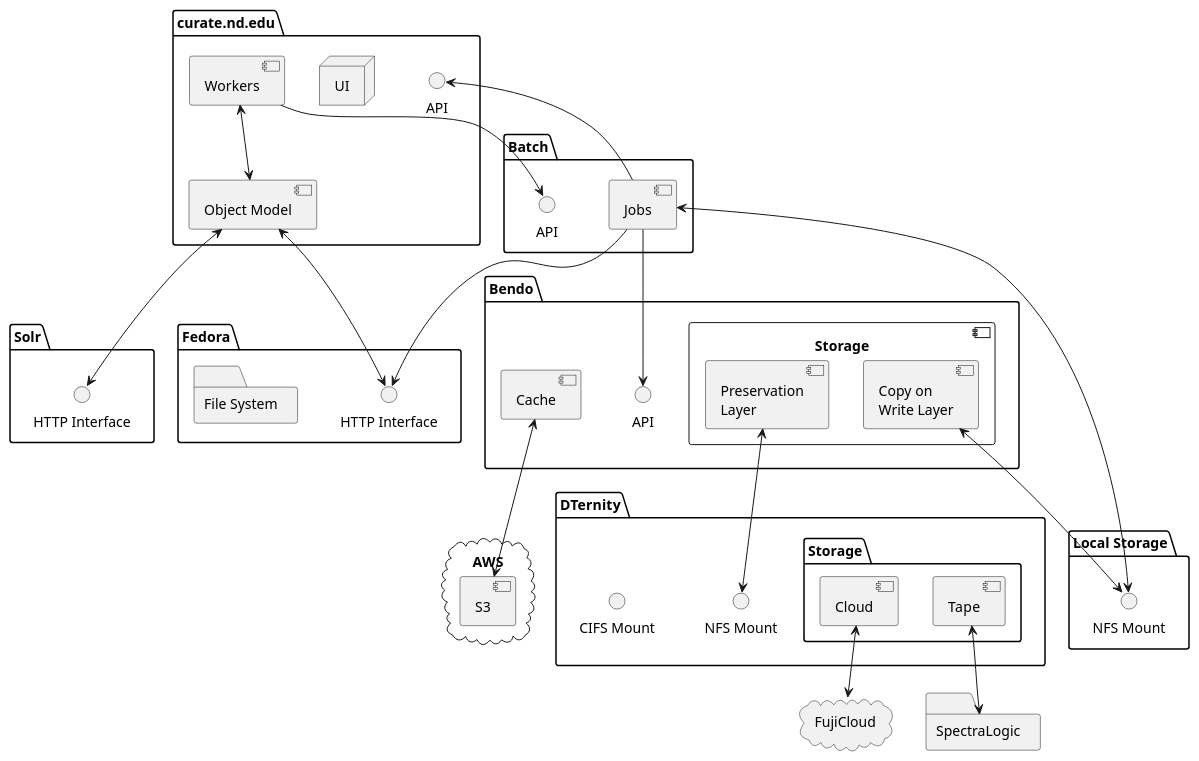
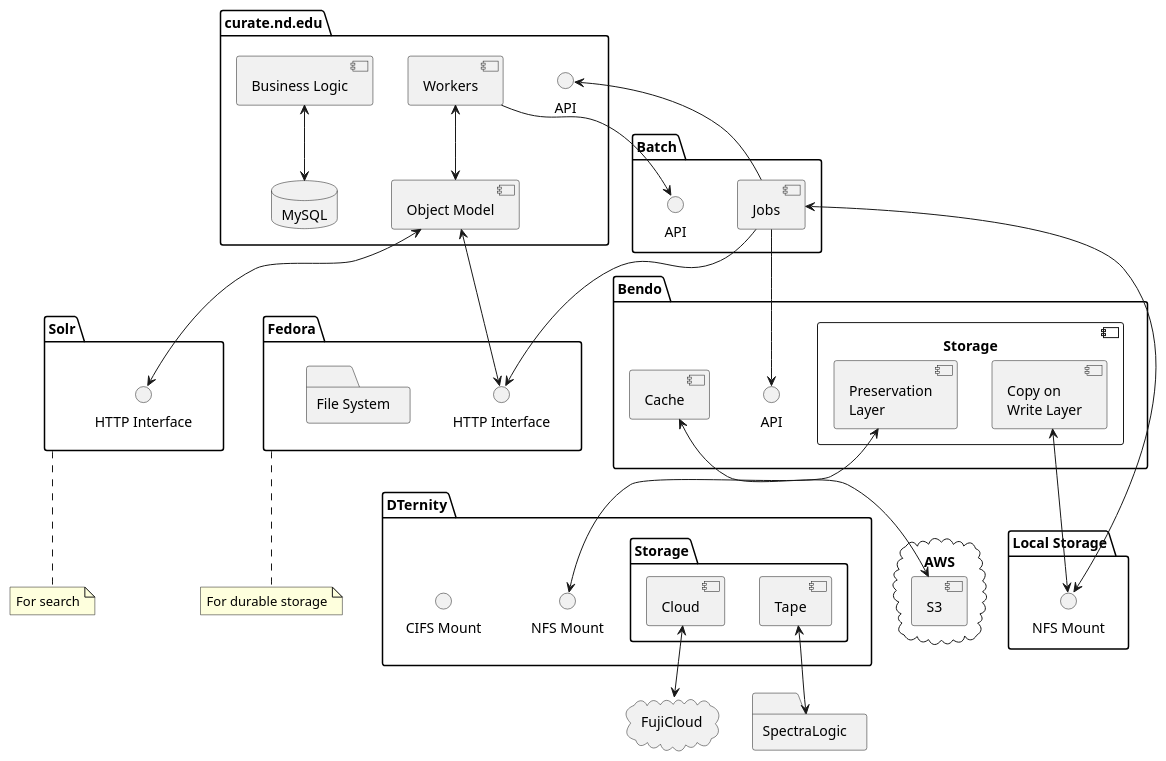
One commit to ndlib/dam-ecosystem-mapping changed the diagram in plantuml/curate_nd.puml. Above: the diagram before and after it, drawn with PlantUML. The commit also changed 3 other files, not shown here.

Commit message:
Updating diagrams to include notes and clarification

```diff
--- a/plantuml/curate_nd.puml
+++ b/plantuml/curate_nd.puml
@@ -10,67 +10,75 @@
 @startuml
 
 package "curate.nd.edu" {
   component "Object Model" as CurateOM
   component "Workers" as CurateW
-  node "UI" as CurateUI
+  component "Business Logic" as CurateBL
+  database MySQL
   interface "API" as CurateAPI
   CurateW <--> CurateOM
+  CurateBL <--> MySQL
 }
 
 package "Fedora" {
   interface "HTTP Interface" as FedoraHTTP
   folder "File System" as FedoraFS
 }
+note bottom of Fedora
+  For durable storage
+end note
 
 package "Solr" {
   interface "HTTP Interface" as SolrHTTP
 }
+note bottom of Solr
+  For search
+end note
 
 package "Batch" {
   interface API as BatchAPI
   component Jobs as BatchJobs
 }
 
 
 package "Bendo" {
   interface API as BendoAPI
   component Cache as BendoC
   component Storage {
     component "Copy on\nWrite Layer" as BendoCOW
     component "Preservation\nLayer" as BendoPL
   }
 }
 
 package "DTernity" {
   interface "NFS Mount" as DTernityNFSM
   interface "CIFS Mount" as DTernityCIFSM
   package "Storage" as DTernityStorage {
     component "Cloud" as DternityCS
     component "Tape" as DternityTS
   }
 }
 
 folder "Local Storage" {
   interface "NFS Mount" as LocalNFSMount
 }
 
 folder "SpectraLogic"
 
 cloud "FujiCloud"
 
 cloud AWS {
   component S3
 }
 BendoPL <--> DTernityNFSM
 CurateOM <--> FedoraHTTP
 CurateOM <--> SolrHTTP
 BatchJobs --> CurateAPI
 BendoCOW <--> LocalNFSMount
 DternityTS <--> SpectraLogic
 DternityCS <--> FujiCloud
 BendoC <--> S3
 CurateW --> BatchAPI
 BatchJobs --> BendoAPI
 BatchJobs --> FedoraHTTP
 BatchJobs <--> LocalNFSMount
 @enduml
```
